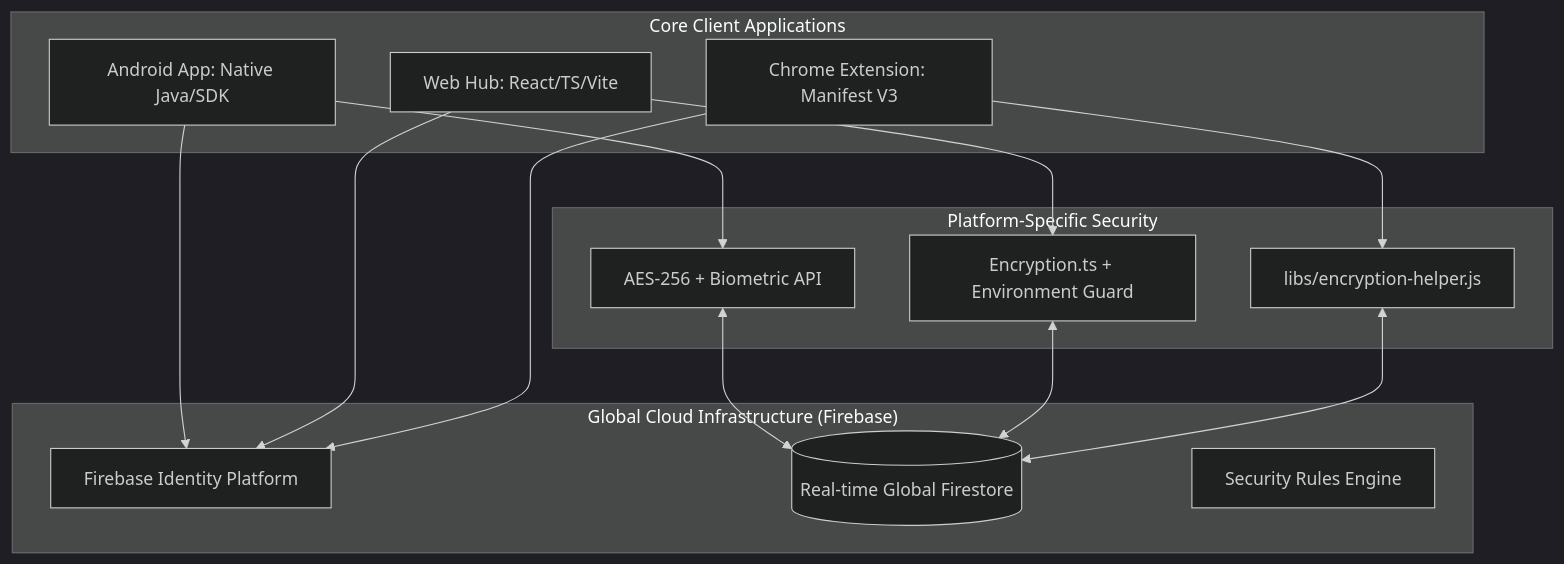
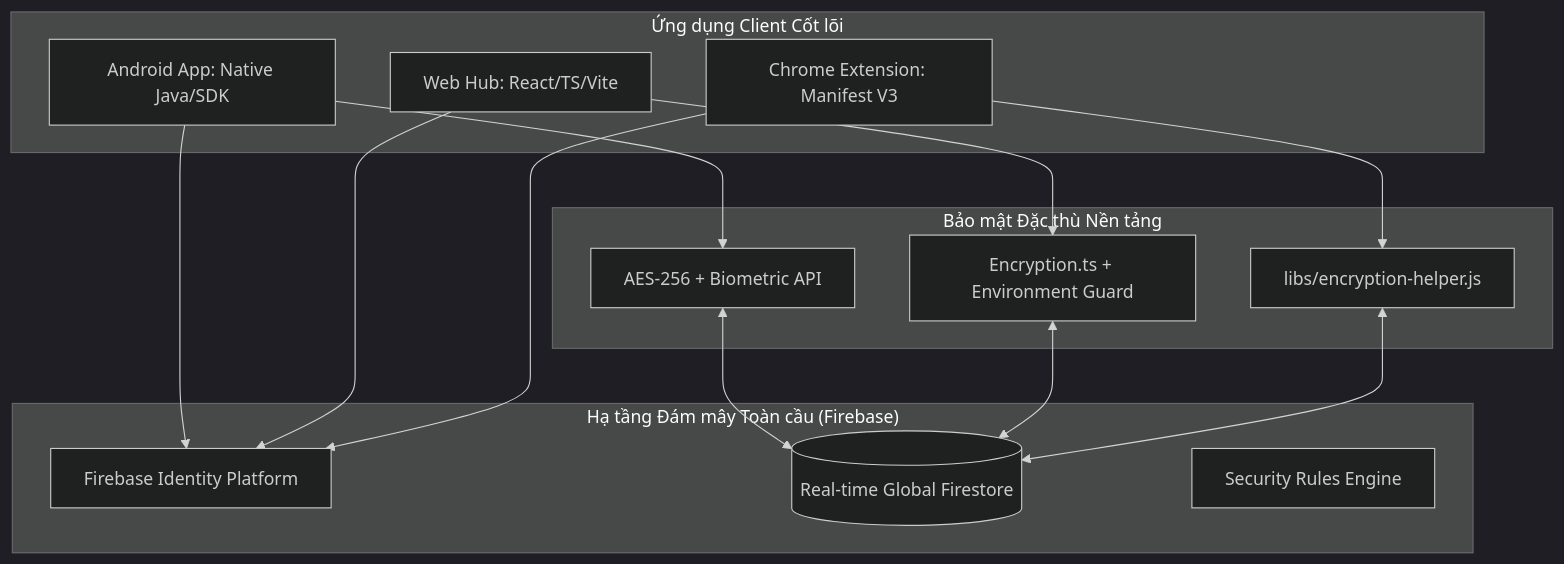
One commit to Hasaoxend/Lifehub changed the first of 2 diagrams in README.md. Above: the diagram before and after it, drawn with Mermaid (dark theme). The commit also changed other lines of this file, not shown here.

````diff
--- a/README.md
+++ b/README.md
@@ -13,32 +13,32 @@
 ```mermaid
 graph TD
-    subgraph "Core Client Applications"
+    subgraph "Ứng dụng Client Cốt lõi"
         Android[Android App: Native Java/SDK]
         Web[Web Hub: React/TS/Vite]
         Ext[Chrome Extension: Manifest V3]
     end
 
-    subgraph "Platform-Specific Security"
+    subgraph "Bảo mật Đặc thù Nền tảng"
         AndroidSec[AES-256 + Biometric API]
         WebSec[Encryption.ts + Environment Guard]
         ExtSec[libs/encryption-helper.js]
     end
 
-    subgraph "Global Cloud Infrastructure (Firebase)"
+    subgraph "Hạ tầng Đám mây Toàn cầu (Firebase)"
         Auth[Firebase Identity Platform]
         Firestore[(Real-time Global Firestore)]
         Rules[Security Rules Engine]
     end
 
     Android --> AndroidSec
     Web --> WebSec
     Ext --> ExtSec
 
     AndroidSec <--> Firestore
     WebSec <--> Firestore
     ExtSec <--> Firestore
 
     Android --> Auth
     Web --> Auth
     Ext --> Auth
 ```
````
